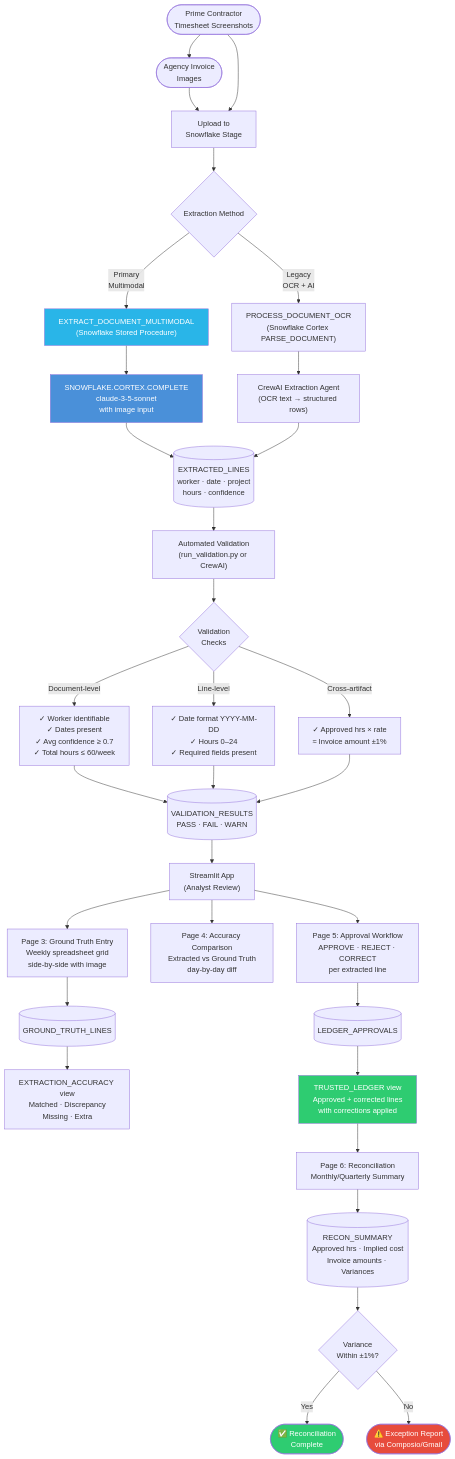
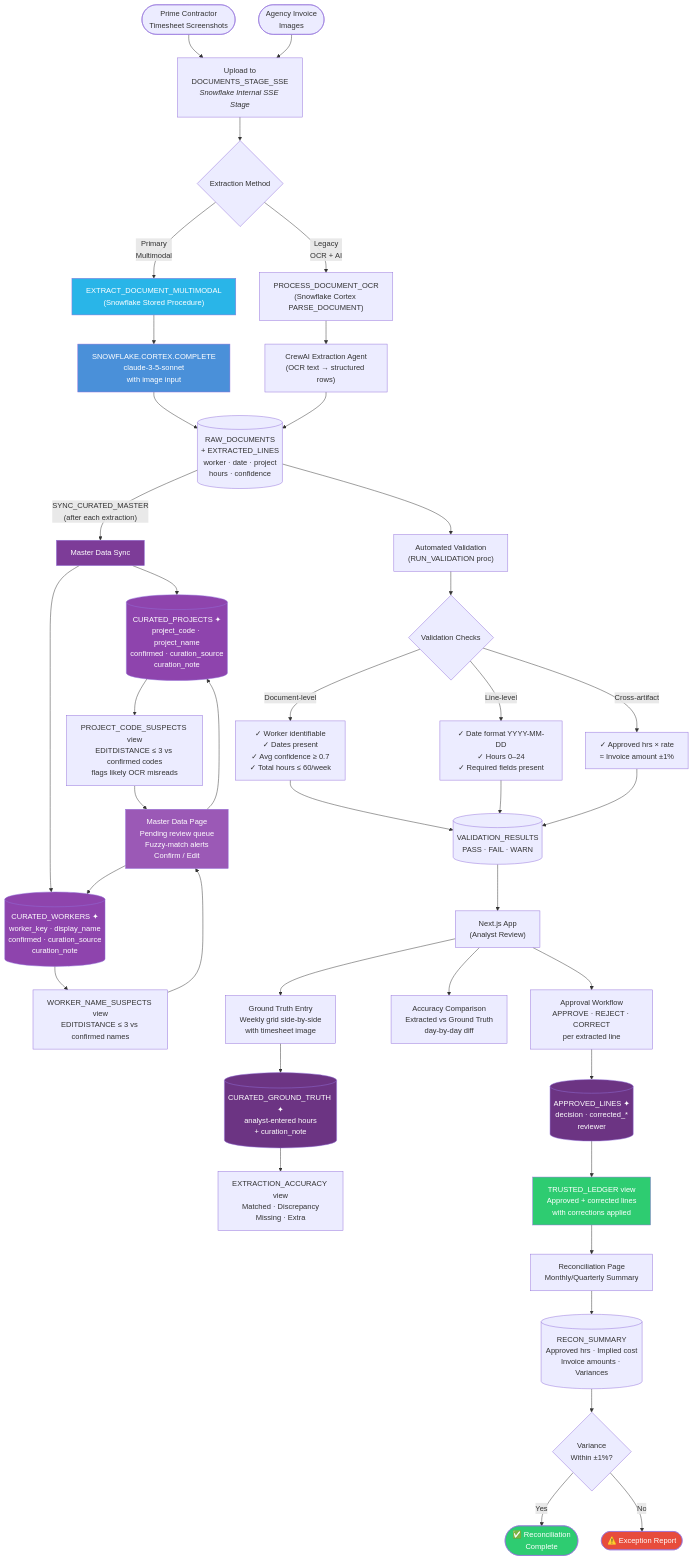
The diagram in README.md (jymiller/llama-hack), drawn with Mermaid before and after one commit. The commit also changed other lines of this file and 11 other files, not shown here.

First line of the commit message:
Add master data tier: CURATED_PROJECTS, CURATED_WORKERS, fuzzy match views

````diff
--- a/README.md
+++ b/README.md
@@ -21,53 +21,72 @@
 ```mermaid
 flowchart TD
-    A([Prime Contractor<br>Timesheet Screenshots]) --> B
+    A([Prime Contractor<br>Timesheet Screenshots]) --> C
     B([Agency Invoice<br>Images]) --> C
-    A --> C
 
-    C[Upload to<br>Snowflake Stage]
+    C[Upload to<br>DOCUMENTS_STAGE_SSE<br><i>Snowflake Internal SSE Stage</i>]
 
     C --> D{Extraction Method}
 
     D -->|Primary<br>Multimodal| E["EXTRACT_DOCUMENT_MULTIMODAL<br>(Snowflake Stored Procedure)"]
     D -->|Legacy<br>OCR + AI| F["PROCESS_DOCUMENT_OCR<br>(Snowflake Cortex PARSE_DOCUMENT)"]
 
     E --> G["SNOWFLAKE.CORTEX.COMPLETE<br>claude-3-5-sonnet<br>with image input"]
     F --> H["CrewAI Extraction Agent<br>(OCR text → structured rows)"]
 
-    G --> I[(EXTRACTED_LINES<br>worker · date · project<br>hours · confidence)]
+    G --> I[(RAW_DOCUMENTS<br>+ EXTRACTED_LINES<br>worker · date · project<br>hours · confidence)]
     H --> I
 
-    I --> J["Automated Validation<br>(run_validation.py or CrewAI)"]
+    %% ── Master Data (Curated) ──────────────────────────────
+    I -->|"SYNC_CURATED_MASTER<br>(after each extraction)"| MD["Master Data Sync"]
 
-    J --> K{Validation<br>Checks}
+    MD --> CP[("CURATED_PROJECTS ✦<br>project_code · project_name<br>confirmed · curation_source<br>curation_note")]
+    MD --> CW[("CURATED_WORKERS ✦<br>worker_key · display_name<br>confirmed · curation_source<br>curation_note")]
+
+    CP --> FS["PROJECT_CODE_SUSPECTS view<br>EDITDISTANCE ≤ 3 vs confirmed codes<br>flags likely OCR misreads"]
+    CW --> WS["WORKER_NAME_SUSPECTS view<br>EDITDISTANCE ≤ 3 vs confirmed names"]
+
+    FS --> MDPage["Master Data Page<br>Pending review queue<br>Fuzzy-match alerts<br>Confirm / Edit"]
+    WS --> MDPage
+    MDPage --> CP
+    MDPage --> CW
+
+    %% ── Validation ─────────────────────────────────────────
+    I --> J["Automated Validation<br>(RUN_VALIDATION proc)"]
+    J --> K{Validation Checks}
     K -->|Document-level| K1["✓ Worker identifiable<br>✓ Dates present<br>✓ Avg confidence ≥ 0.7<br>✓ Total hours ≤ 60/week"]
     K -->|Line-level| K2["✓ Date format YYYY-MM-DD<br>✓ Hours 0–24<br>✓ Required fields present"]
     K -->|Cross-artifact| K3["✓ Approved hrs × rate<br>≈ Invoice amount ±1%"]
-
     K1 & K2 & K3 --> L[(VALIDATION_RESULTS<br>PASS · FAIL · WARN)]
 
-    L --> M["Streamlit App<br>(Analyst Review)"]
+    %% ── Analyst Review ─────────────────────────────────────
+    L --> M["Next.js App<br>(Analyst Review)"]
 
-    M --> N["Page 3: Ground Truth Entry<br>Weekly spreadsheet grid<br>side-by-side with image"]
-    M --> O["Page 4: Accuracy Comparison<br>Extracted vs Ground Truth<br>day-by-day diff"]
-    M --> P["Page 5: Approval Workflow<br>APPROVE · REJECT · CORRECT<br>per extracted line"]
+    M --> N["Ground Truth Entry<br>Weekly grid side-by-side<br>with timesheet image"]
+    M --> O["Accuracy Comparison<br>Extracted vs Ground Truth<br>day-by-day diff"]
+    M --> P["Approval Workflow<br>APPROVE · REJECT · CORRECT<br>per extracted line"]
 
-    N --> Q[(GROUND_TRUTH_LINES)]
-    P --> R[(LEDGER_APPROVALS)]
+    N --> Q[("CURATED_GROUND_TRUTH ✦<br>analyst-entered hours<br>+ curation_note")]
+    P --> R[("APPROVED_LINES ✦<br>decision · corrected_*<br>reviewer")]
 
     Q --> S["EXTRACTION_ACCURACY view<br>Matched · Discrepancy<br>Missing · Extra"]
     R --> T["TRUSTED_LEDGER view<br>Approved + corrected lines<br>with corrections applied"]
 
-    T --> U["Page 6: Reconciliation<br>Monthly/Quarterly Summary"]
+    T --> U["Reconciliation Page<br>Monthly/Quarterly Summary"]
     U --> V[(RECON_SUMMARY<br>Approved hrs · Implied cost<br>Invoice amounts · Variances)]
 
     V --> W{Variance<br>Within ±1%?}
     W -->|Yes| X([✅ Reconciliation<br>Complete])
-    W -->|No| Y([⚠️ Exception Report<br>via Composio/Gmail])
+    W -->|No| Y([⚠️ Exception Report])
 
     style G fill:#4A90D9,color:#fff
     style E fill:#29B5E8,color:#fff
     style T fill:#2ECC71,color:#fff
     style Y fill:#E74C3C,color:#fff
     style X fill:#2ECC71,color:#fff
+    style CP fill:#8E44AD,color:#fff
+    style CW fill:#8E44AD,color:#fff
+    style MD fill:#7D3C98,color:#fff
+    style MDPage fill:#9B59B6,color:#fff
+    style Q fill:#6C3483,color:#fff
+    style R fill:#6C3483,color:#fff
 ```
````
